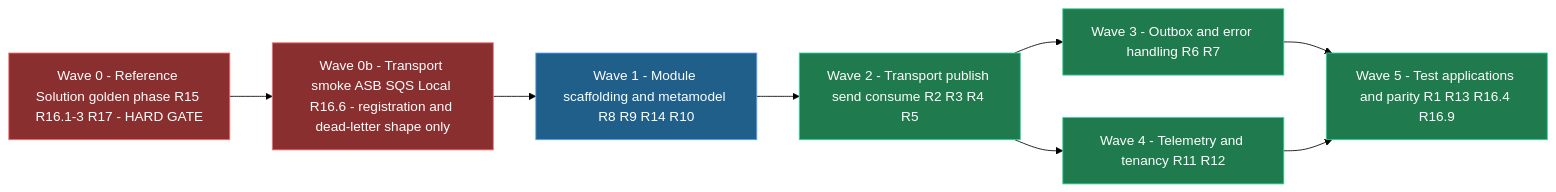
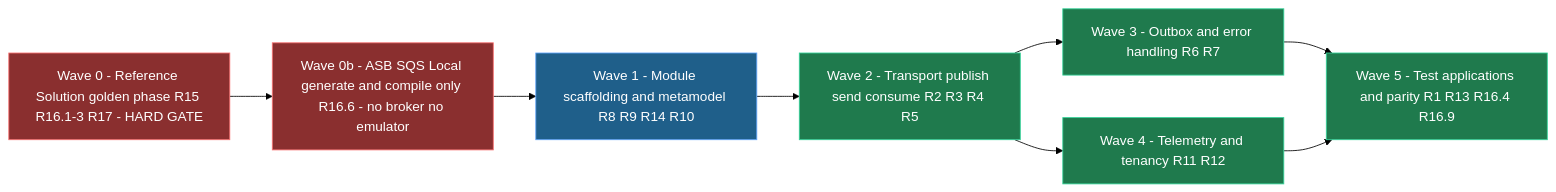
Before and after one commit to IntentArchitect/Intent.Modules.NET: the second of 2 diagrams in intent/.specs/wolverine-eventing-module/design.mdx, drawn with Mermaid (forest theme). The commit also changed other lines of this file and 4 other files, not shown here.

````diff
--- a/intent/.specs/wolverine-eventing-module/design.mdx
+++ b/intent/.specs/wolverine-eventing-module/design.mdx
@@ -400,13 +452,13 @@
 ```mermaid
 flowchart LR
   classDef gate fill:#8a2f2f,stroke:#f87171,color:#ffffff
   classDef model fill:#1f5f8a,stroke:#60a5fa,color:#ffffff
   classDef code fill:#1f7a4d,stroke:#34d399,color:#ffffff
-  W0[Wave 0 - Reference Solution golden phase R15 R16.1-3 R17 - HARD GATE]:::gate --> W0B[Wave 0b - Transport smoke ASB SQS Local R16.6 - registration and dead-letter shape only]:::gate
+  W0[Wave 0 - Reference Solution golden phase R15 R16.1-3 R17 - HARD GATE]:::gate --> W0B[Wave 0b - ASB SQS Local generate and compile only R16.6 - no broker no emulator]:::gate
   W0B --> W1[Wave 1 - Module scaffolding and metamodel R8 R9 R14 R10]:::model
   W1 --> W2[Wave 2 - Transport publish send consume R2 R3 R4 R5]:::code
   W2 --> W3[Wave 3 - Outbox and error handling R6 R7]:::code
   W2 --> W4[Wave 4 - Telemetry and tenancy R11 R12]:::code
   W3 --> W5[Wave 5 - Test applications and parity R1 R13 R16.4 R16.9]:::code
   W4 --> W5
 ```
````
